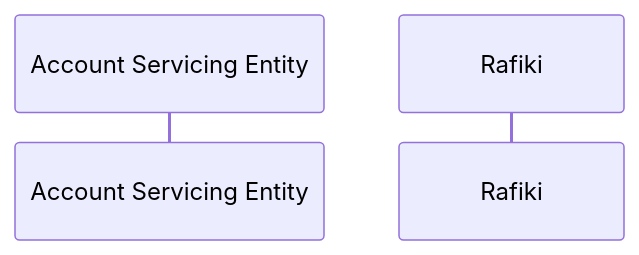
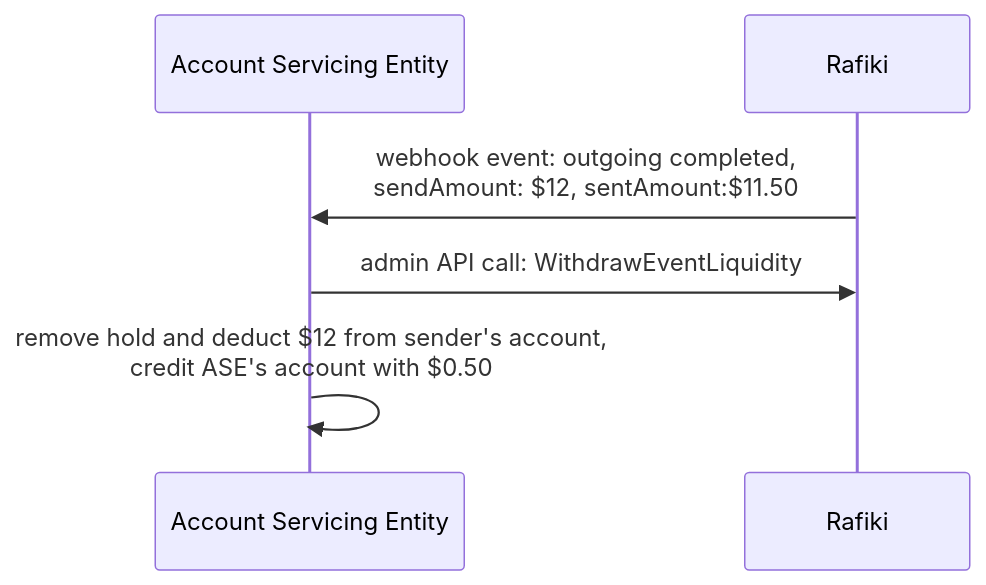
Before and after one commit to interledger/rafiki: the fifth of 7 diagrams in packages/documentation/docs/integration/flow-of-funds.md, drawn with Mermaid. The commit also changed other lines of this file, not shown here.

Commit message:
fix: commented out parts in mermaid code, rename B -> ASE

````diff
--- a/packages/documentation/docs/integration/flow-of-funds.md
+++ b/packages/documentation/docs/integration/flow-of-funds.md
@@ -76,10 +76,10 @@
 ```mermaid
 sequenceDiagram
 
-participant B as Account Servicing Entity
+participant ASE as Account Servicing Entity
 participant R as Rafiki
 
-%% R->>B: webhook event: outgoing completed,<br>sendAmount: $12, sentAmount:$11.50
-%% B->>R: admin API call: WithdrawEventLiquidity
-%% B->>B: remove hold and deduct $12 from sender's account,<br>credit ASE's account with $0.50
+R->>ASE: webhook event: outgoing completed,<br>sendAmount: $12, sentAmount:$11.50
+ASE->>R: admin API call: WithdrawEventLiquidity
+ASE->>ASE: remove hold and deduct $12 from sender's account,<br>credit ASE's account with $0.50
 ```
````
